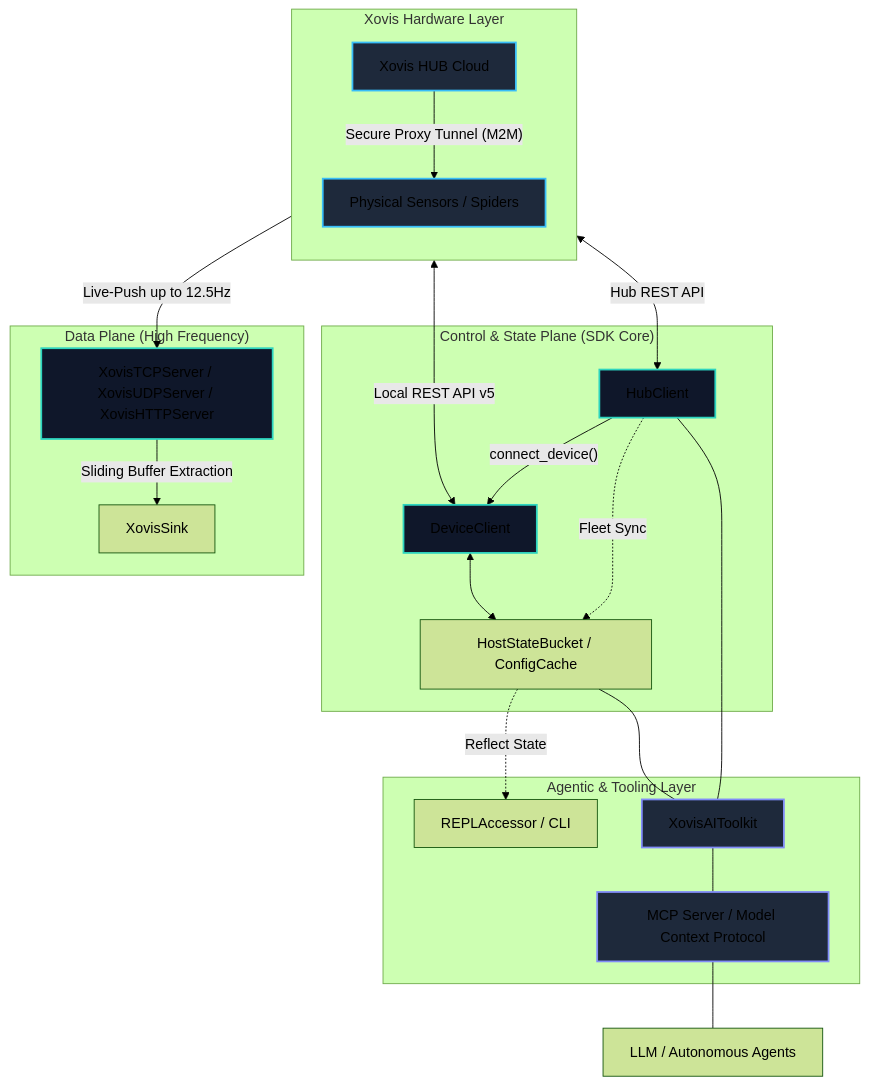
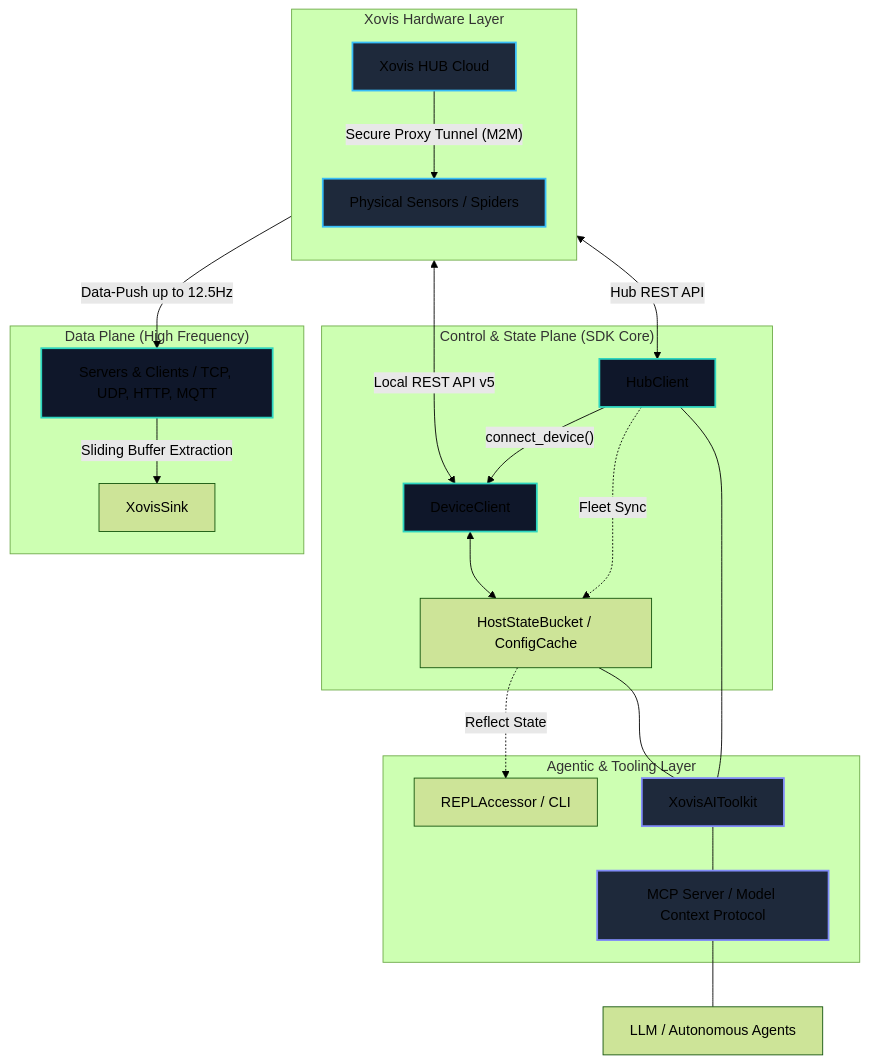
The diagram in docs/architecture.md (xovis-open-sdk/xovis-sdk), drawn with Mermaid (forest theme) before and after one commit. The commit also changed other lines of this file and 24 other files, not shown here.

Commit message:
docs: introduce detailed architecture docs for data and control planes, enhance contributor guidelines, and restructure mkdocs nav

````diff
--- a/docs/architecture.md
+++ b/docs/architecture.md
@@ -11,56 +7,56 @@
 ```mermaid
 graph TB
     subgraph "Xovis Hardware Layer"
         direction TB
         A[Physical Sensors / Spiders]
         H[Xovis HUB Cloud]
         H -- Secure Proxy Tunnel (M2M) --> A
     end
 
     subgraph "Data Plane (High Frequency)"
-        B[XovisTCPServer / XovisUDPServer / XovisHTTPServer]
+        B[Servers & Clients / TCP, UDP, HTTP, MQTT]
         S[XovisSink]
     end
 
     subgraph "Control & State Plane (SDK Core)"
         C[DeviceClient]
         F[HubClient]
         D[HostStateBucket / ConfigCache]
         
         F -- "connect_device()" --> C
         C <--> D
     end
 
     subgraph "Agentic & Tooling Layer"
         G[XovisAIToolkit]
         M[MCP Server / Model Context Protocol]
         R[REPLAccessor / CLI]
     end
 
     %% Data Connections
-    A -->|Live-Push up to 12.5Hz| B
+    A -->|Data-Push up to 12.5Hz| B
     B -->|Sliding Buffer Extraction| S
 
     %% Control Connections
     A <-->|Local REST API v5| C
     H <-->|Hub REST API| F
     
     %% Fleet Integration
     D -. "Reflect State" .-> R
     F -. "Fleet Sync" .-> D
 
     %% AI Integration
     D --- G
     F --- G
     G --- M
     M --- LLM[LLM / Autonomous Agents]
 
     %% Styling
     style A fill:#1e293b,stroke:#38bdf8,stroke-width:2px
     style H fill:#1e293b,stroke:#38bdf8,stroke-width:2px
     style B fill:#0f172a,stroke:#2dd4bf,stroke-width:2px
     style C fill:#0f172a,stroke:#2dd4bf,stroke-width:2px
     style F fill:#0f172a,stroke:#2dd4bf,stroke-width:2px
     style G fill:#1e293b,stroke:#818cf8,stroke-width:2px
     style M fill:#1e293b,stroke:#818cf8,stroke-width:2px
 ```
````
